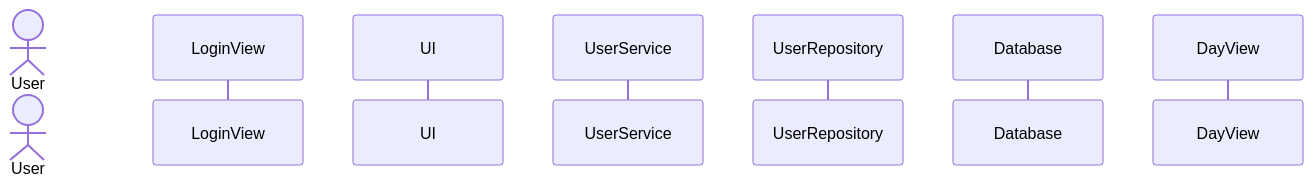
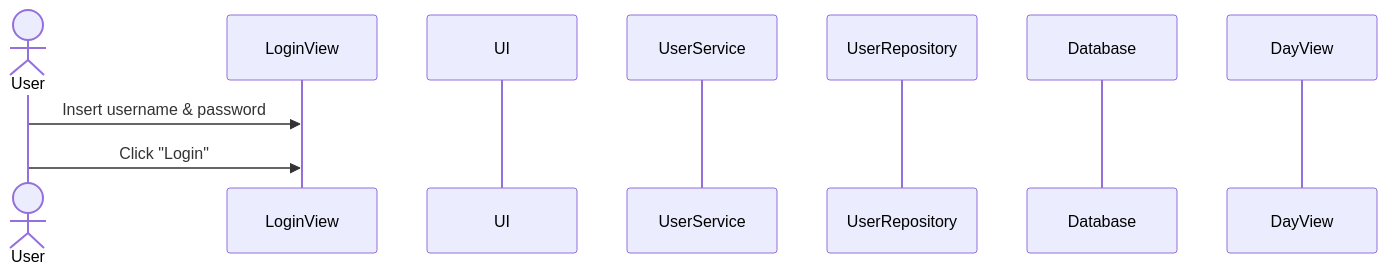
Before and after one commit to MildMunshin/ot-harjoitustyo: the third of 3 diagrams in dokumentaatio/arkkitehtuuri.md, drawn with Mermaid.

````diff
--- a/dokumentaatio/arkkitehtuuri.md
+++ b/dokumentaatio/arkkitehtuuri.md
@@ -61,11 +61,14 @@
 ```mermaid
 sequenceDiagram
     actor User
     participant LoginView
     participant UI
     participant UserService
     participant UserRepository
     participant Database
     participant DayView
 
+    User->>LoginView: Insert username & password
+    User->>LoginView: Click "Login"
+
 ```
````
